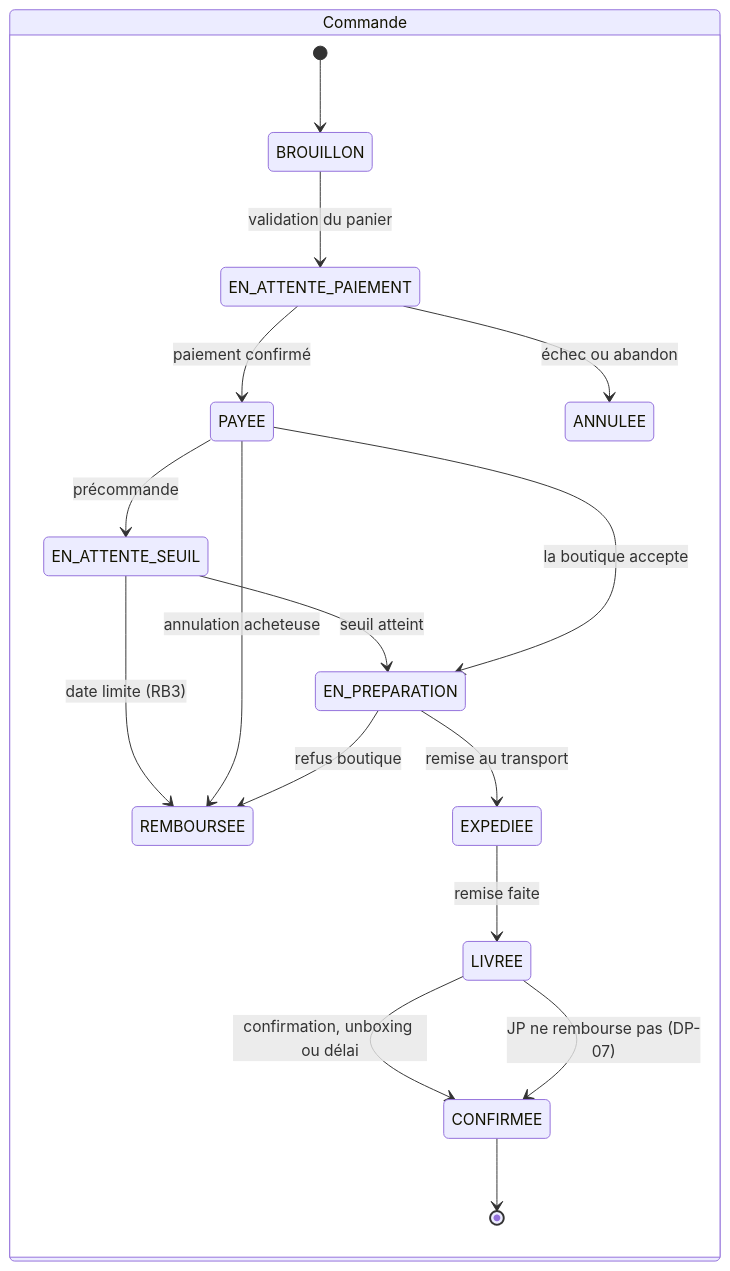
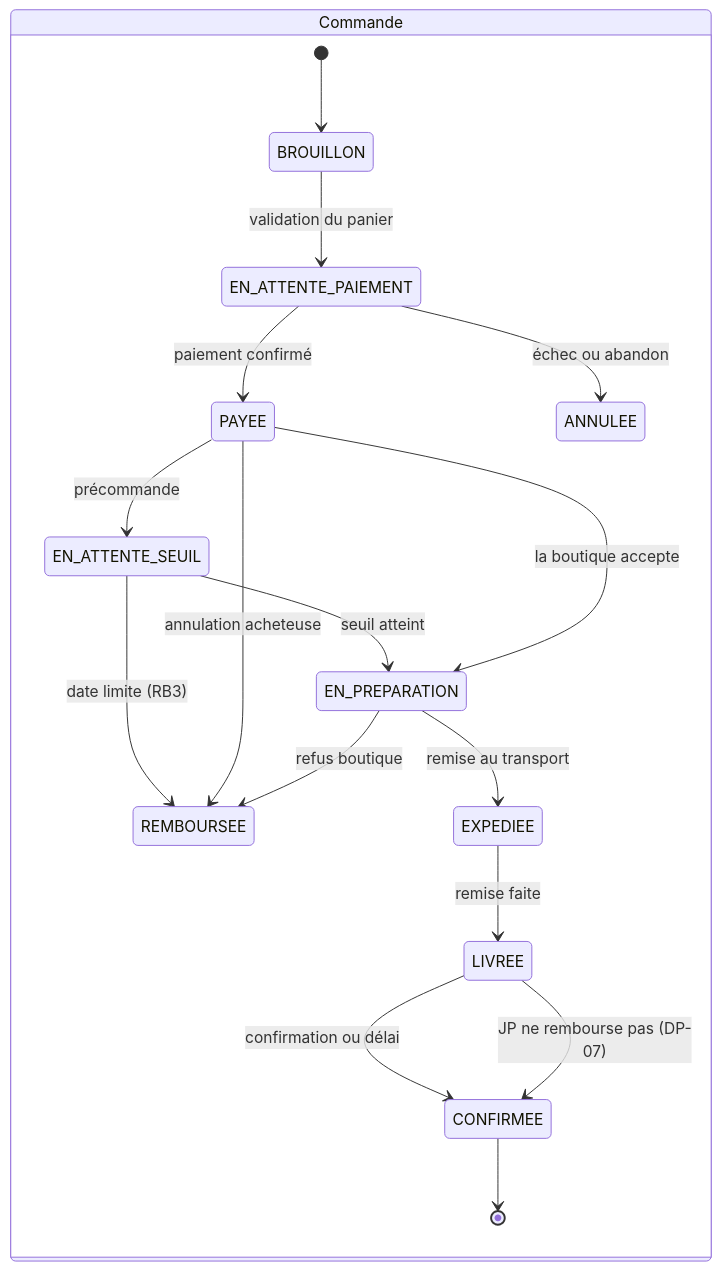
Before and after one commit to andokevin/jp: the ninth of 13 diagrams in docs/JP_CONCEPTION_BDD.md, drawn with Mermaid. The commit also changed other lines of this file and 32 other files, not shown here.

````diff
--- a/docs/JP_CONCEPTION_BDD.md
+++ b/docs/JP_CONCEPTION_BDD.md
@@ -1079,21 +1078,21 @@
 ```mermaid
 stateDiagram-v2
     direction LR
     state "Commande" as C {
         [*] --> BROUILLON
         BROUILLON --> EN_ATTENTE_PAIEMENT : validation du panier
         EN_ATTENTE_PAIEMENT --> PAYEE : paiement confirmé
         EN_ATTENTE_PAIEMENT --> ANNULEE : échec ou abandon
         PAYEE --> EN_ATTENTE_SEUIL : précommande
         EN_ATTENTE_SEUIL --> EN_PREPARATION : seuil atteint
         EN_ATTENTE_SEUIL --> REMBOURSEE : date limite (RB3)
         PAYEE --> EN_PREPARATION : la boutique accepte
         PAYEE --> REMBOURSEE : annulation acheteuse
         EN_PREPARATION --> REMBOURSEE : refus boutique
         EN_PREPARATION --> EXPEDIEE : remise au transport
         EXPEDIEE --> LIVREE : remise faite
-        LIVREE --> CONFIRMEE : confirmation, unboxing ou délai
+        LIVREE --> CONFIRMEE : confirmation ou délai
         LIVREE --> CONFIRMEE : JP ne rembourse pas (DP-07)
         CONFIRMEE --> [*]
     }
 ```
````
